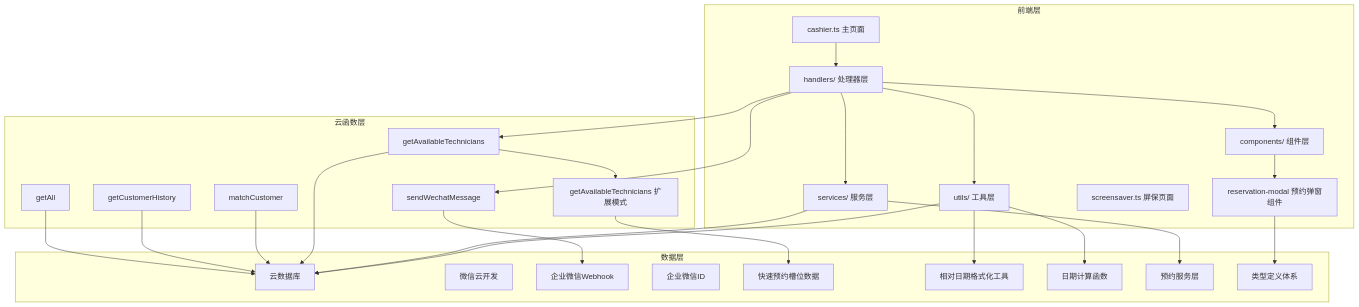
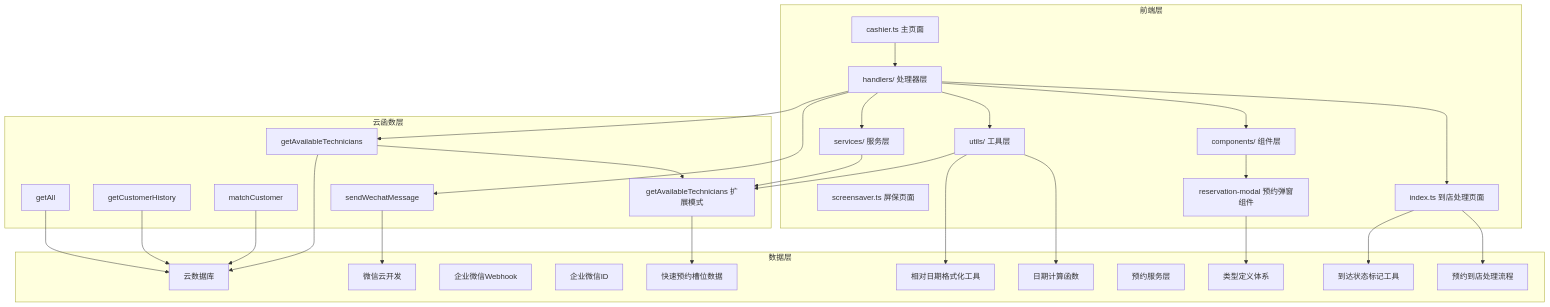
Before and after one commit to xwHoward/padoo-consulation-printer: the first of 10 diagrams in .qoder/repowiki/zh/content/预约处理器.md, drawn with Mermaid. The commit also changed other lines of this file and 15 other files, not shown here.

````diff
--- a/.qoder/repowiki/zh/content/预约处理器.md
+++ b/.qoder/repowiki/zh/content/预约处理器.md
@@ -75,51 +74,56 @@
 ```mermaid
 graph TB
 subgraph "前端层"
 A[cashier.ts 主页面]
 B[handlers/ 处理器层]
 C[utils/ 工具层]
 D[services/ 服务层]
 E[screensaver.ts 屏保页面]
 F[components/ 组件层]
 G[reservation-modal 预约弹窗组件]
+H[index.ts 到店处理页面]
 end
 subgraph "云函数层"
-H[getAvailableTechnicians]
-I[sendWechatMessage]
-J[matchCustomer]
-K[getCustomerHistory]
-L[getAll]
-M[getAvailableTechnicians 扩展模式]
+I[getAvailableTechnicians]
+J[sendWechatMessage]
+K[matchCustomer]
+L[getCustomerHistory]
+M[getAll]
+N[getAvailableTechnicians 扩展模式]
 end
 subgraph "数据层"
-N[云数据库]
-O[微信云开发]
-P[企业微信Webhook]
-Q[企业微信ID]
-R[快速预约槽位数据]
-S[相对日期格式化工具]
-T[日期计算函数]
-U[预约服务层]
-V[类型定义体系]
+O[云数据库]
+P[微信云开发]
+Q[企业微信Webhook]
+R[企业微信ID]
+S[快速预约槽位数据]
+T[相对日期格式化工具]
+U[日期计算函数]
+V[预约服务层]
+W[类型定义体系]
+X[到达状态标记工具]
+Y[预约到店处理流程]
 end
 A --> B
 B --> C
 B --> D
 B --> F
 B --> H
 B --> I
+B --> J
 C --> N
 D --> N
-D --> U
 F --> G
-G --> V
-H --> N
-H --> M
-I --> P
-J --> N
-K --> N
-L --> N
-M --> R
-C --> S
+G --> W
+H --> X
+H --> Y
+I --> O
+I --> N
+J --> P
+K --> O
+L --> O
+M --> O
+N --> S
 C --> T
+C --> U
 ```
````
